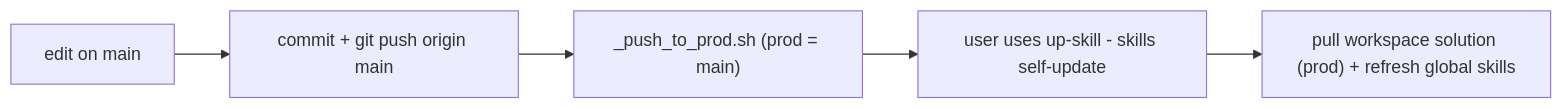
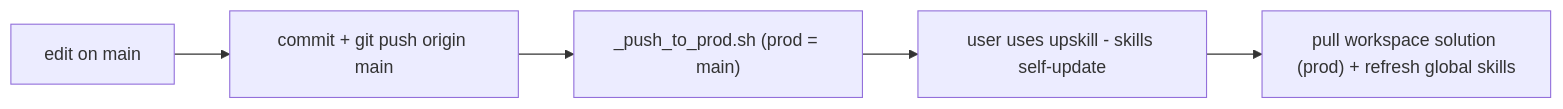
The fourth of 4 diagrams in _system/l2_share_skills/design.md (mingzilla/up-skill), drawn with Mermaid before and after one commit. The commit also changed other lines of this file and 31 other files, not shown here.

````diff
--- a/_system/l2_share_skills/design.md
+++ b/_system/l2_share_skills/design.md
@@ -131,7 +131,7 @@
 ```mermaid
 flowchart LR
     dev["edit on main"] --> push["commit + git push origin main"]
     push --> prod["_push_to_prod.sh (prod = main)"]
-    prod --> use["user uses up-skill - skills self-update"]
+    prod --> use["user uses upskill - skills self-update"]
     use --> pull["pull workspace solution (prod) + refresh global skills"]
 ```
````
